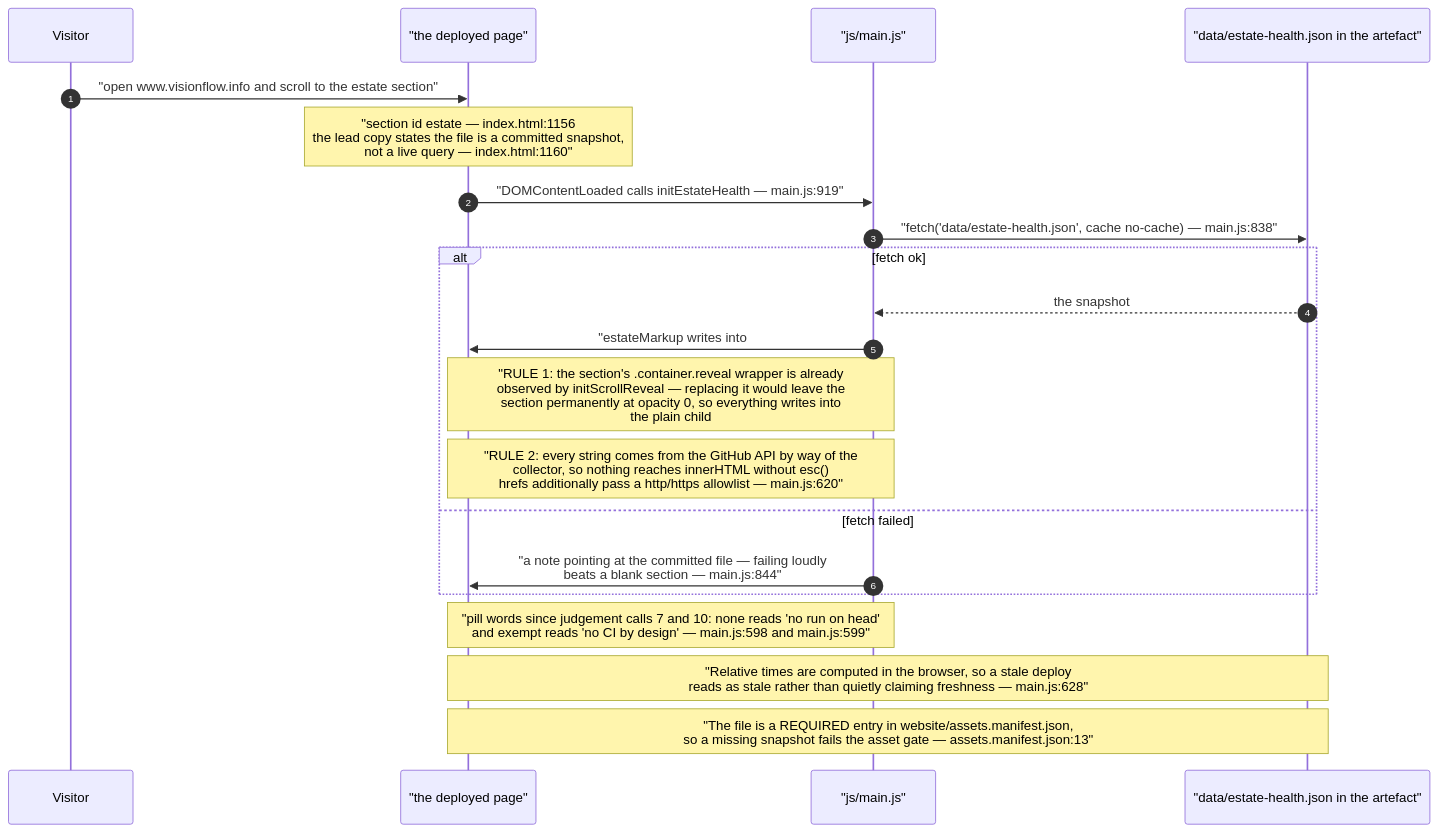
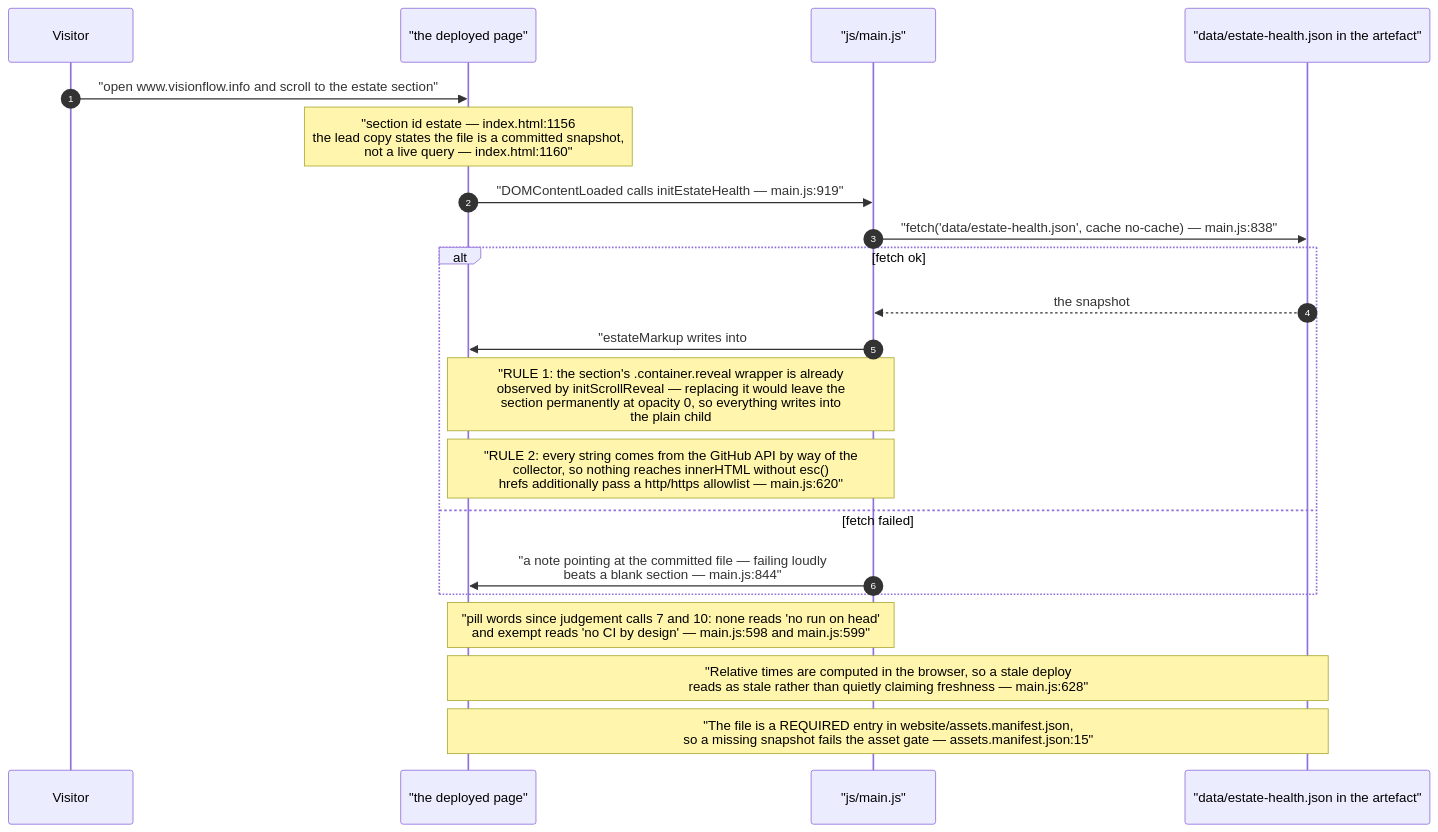
Before and after one commit to DreamLab-AI/VisionFlow: the eighth of 9 diagrams in docs/diagrams/visionflow/03-estate-health.md, drawn with Mermaid. The commit also changed other lines of this file and 91 other files, not shown here.

````diff
--- a/docs/diagrams/visionflow/03-estate-health.md
+++ b/docs/diagrams/visionflow/03-estate-health.md
@@ -259,24 +261,24 @@
 ```mermaid
 sequenceDiagram
     autonumber
     participant V as Visitor
     participant P as "the deployed page"
     participant M as "js/main.js"
     participant F as "data/estate-health.json in the artefact"
 
     V->>P: "open www.visionflow.info and scroll to the estate section"
     Note over P: "section id estate — index.html:1156<br/>the lead copy states the file is a committed snapshot,<br/>not a live query — index.html:1160"
     P->>M: "DOMContentLoaded calls initEstateHealth — main.js:919"
     M->>F: "fetch('data/estate-health.json', cache no-cache) — main.js:838"
     alt fetch ok
         F-->>M: the snapshot
         M->>P: "estateMarkup writes into #estate-body — main.js:841"
         Note over M,P: "RULE 1: the section's .container.reveal wrapper is already<br/>observed by initScrollReveal — replacing it would leave the<br/>section permanently at opacity 0, so everything writes into<br/>the plain child #estate-body — main.js:587"
         Note over M,P: "RULE 2: every string comes from the GitHub API by way of the<br/>collector, so nothing reaches innerHTML without esc()<br/>hrefs additionally pass a http/https allowlist — main.js:620"
     else fetch failed
         M->>P: "a note pointing at the committed file — failing loudly<br/>beats a blank section — main.js:844"
     end
     Note over M,P: "pill words since judgement calls 7 and 10: none reads 'no run on head'<br/>and exempt reads 'no CI by design' — main.js:598 and main.js:599"
     Note over P,F: "Relative times are computed in the browser, so a stale deploy<br/>reads as stale rather than quietly claiming freshness — main.js:628"
-    Note over P,F: "The file is a REQUIRED entry in website/assets.manifest.json,<br/>so a missing snapshot fails the asset gate — assets.manifest.json:13"
+    Note over P,F: "The file is a REQUIRED entry in website/assets.manifest.json,<br/>so a missing snapshot fails the asset gate — assets.manifest.json:15"
 ```
````
